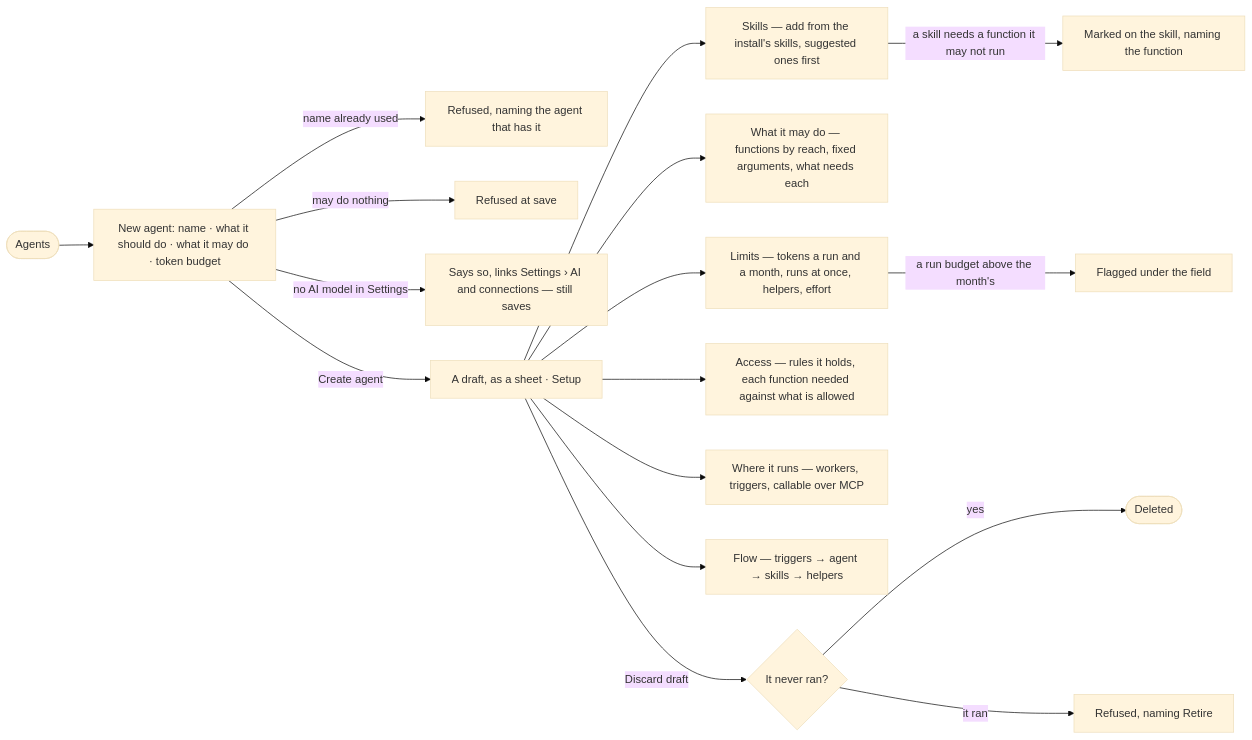
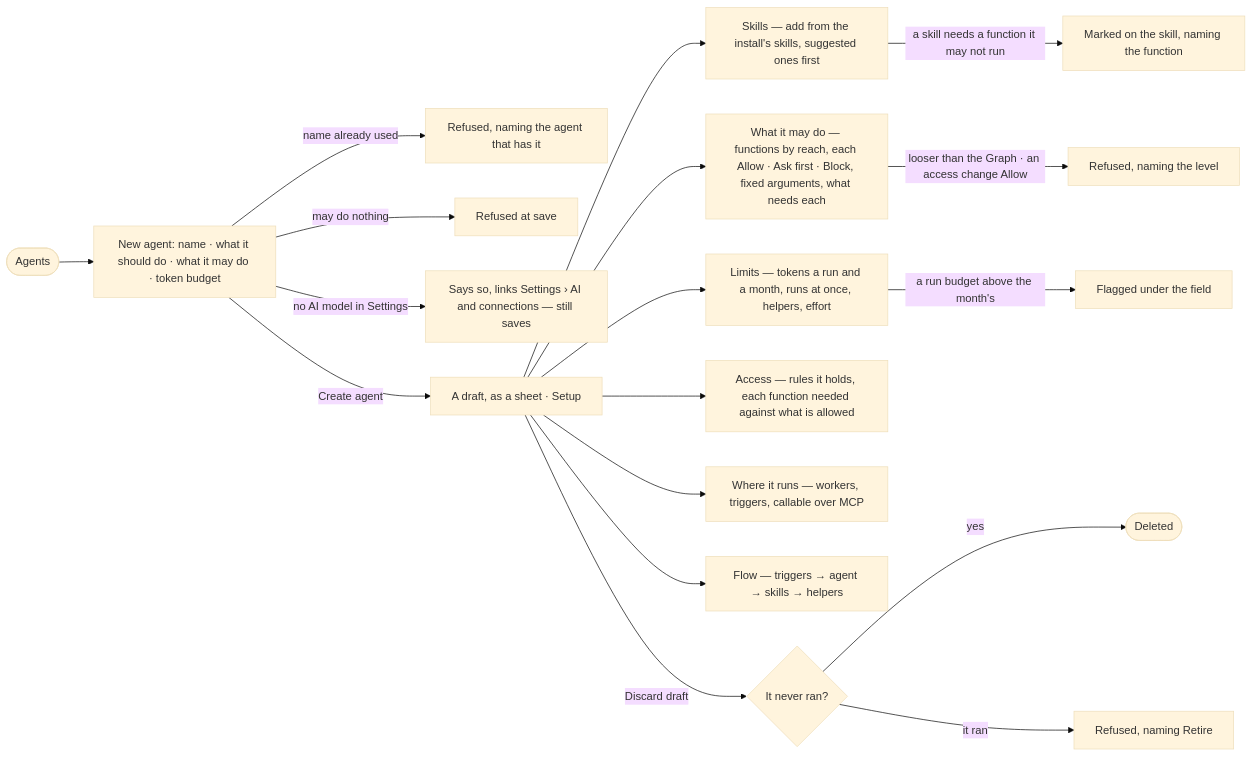
One commit to invana/invana changed the diagram in specs/products/agents/features/AG-F01-build-an-agent/stories/AG-21-draft-an-agent-and-see-what-it-will-do/story.md. Above: the diagram before and after it, drawn with Mermaid (base theme). The commit also changed other lines of this file and 31 other files, not shown here.

First line of the commit message:
docs: agents act only as far as the person allows — Allow · Ask first · Block

````diff
--- a/specs/products/agents/features/AG-F01-build-an-agent/stories/AG-21-draft-an-agent-and-see-what-it-will-do/story.md
+++ b/specs/products/agents/features/AG-F01-build-an-agent/stories/AG-21-draft-an-agent-and-see-what-it-will-do/story.md
@@ -27,19 +27,20 @@
 ```mermaid
 flowchart LR
   a([Agents]) --> n["New agent: name · what it should do · what it may do · token budget"]
   n -->|name already used| x1["Refused, naming the agent that has it"]
   n -->|may do nothing| x2["Refused at save"]
   n -->|no AI model in Settings| x3["Says so, links Settings › AI and connections — still saves"]
   n -->|Create agent| d["A draft, as a sheet · Setup"]
   d --> sk["Skills — add from the install's skills, suggested ones first"]
   sk -->|a skill needs a function it may not run| m["Marked on the skill, naming the function"]
-  d --> wm["What it may do — functions by reach, fixed arguments, what needs each"]
+  d --> wm["What it may do — functions by reach, each Allow · Ask first · Block, fixed arguments, what needs each"]
+  wm -->|looser than the Graph · an access change Allow| wx["Refused, naming the level"]
   d --> lim["Limits — tokens a run and a month, runs at once, helpers, effort"]
   lim -->|a run budget above the month's| lw["Flagged under the field"]
   d --> acc["Access — rules it holds, each function needed against what is allowed"]
   d --> dep["Where it runs — workers, triggers, callable over MCP"]
   d --> fl["Flow — triggers → agent → skills → helpers"]
   d -->|Discard draft| dd{It never ran?}
   dd -->|yes| gone([Deleted])
   dd -->|it ran| ddx["Refused, naming Retire"]
 ```
````
